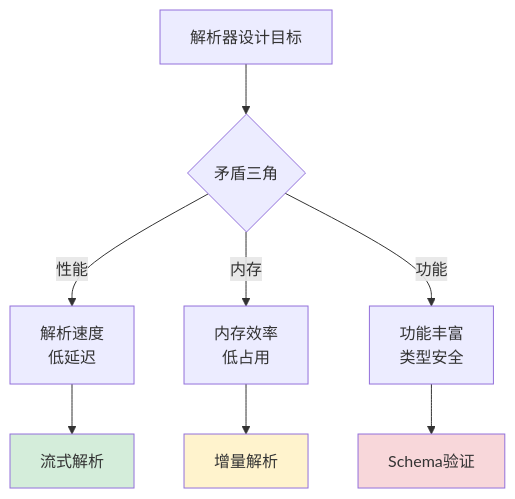
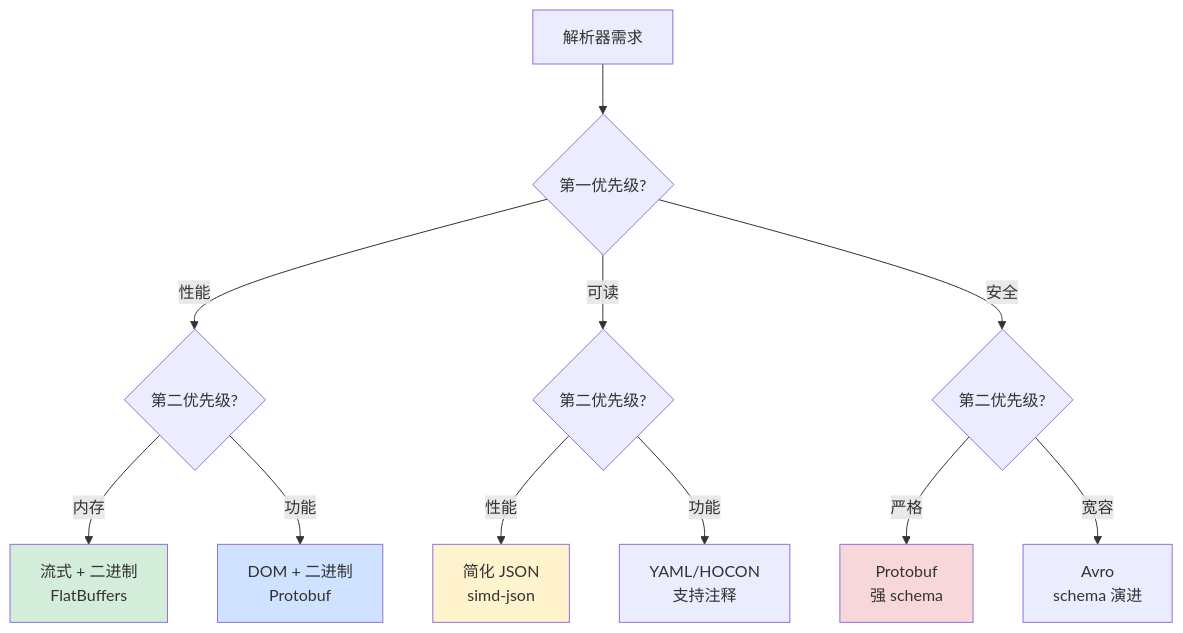
One commit to chongyang211/YCBookBlog changed the third of 21 diagrams in 00.通用技术的提升/02.程序编程原理/06.数据解析设计思想.md. Above: the diagram before and after it, drawn with Mermaid. The commit also changed other lines of this file and 5 other files, not shown here.

````diff
--- a/00.通用技术的提升/02.程序编程原理/06.数据解析设计思想.md
+++ b/00.通用技术的提升/02.程序编程原理/06.数据解析设计思想.md
@@ -304,15 +638,21 @@
 ```mermaid
 flowchart TD
-    A[解析器设计目标] --> B{矛盾三角}
-    B -->|性能| C[解析速度<br/>低延迟]
-    B -->|内存| D[内存效率<br/>低占用]
-    B -->|功能| E[功能丰富<br/>类型安全]
+    A[解析器需求] --> B{第一优先级?}
     
-    C --> F[流式解析]
-    D --> G[增量解析]
-    E --> H[Schema验证]
+    B -->|性能| C{第二优先级?}
+    C -->|内存| D[流式 + 二进制<br/>FlatBuffers]
+    C -->|功能| E[DOM + 二进制<br/>Protobuf]
     
-    style F fill:#d4edda
+    B -->|可读| F{第二优先级?}
+    F -->|性能| G[简化 JSON<br/>simd-json]
+    F -->|功能| H[YAML/HOCON<br/>支持注释]
+    
+    B -->|安全| I{第二优先级?}
+    I -->|严格| J[Protobuf<br/>强 schema]
+    I -->|宽容| K[Avro<br/>schema 演进]
+
+    style D fill:#d4edda
+    style E fill:#cfe2ff
     style G fill:#fff3cd
-    style H fill:#f8d7da
+    style J fill:#f8d7da
 ```
````
